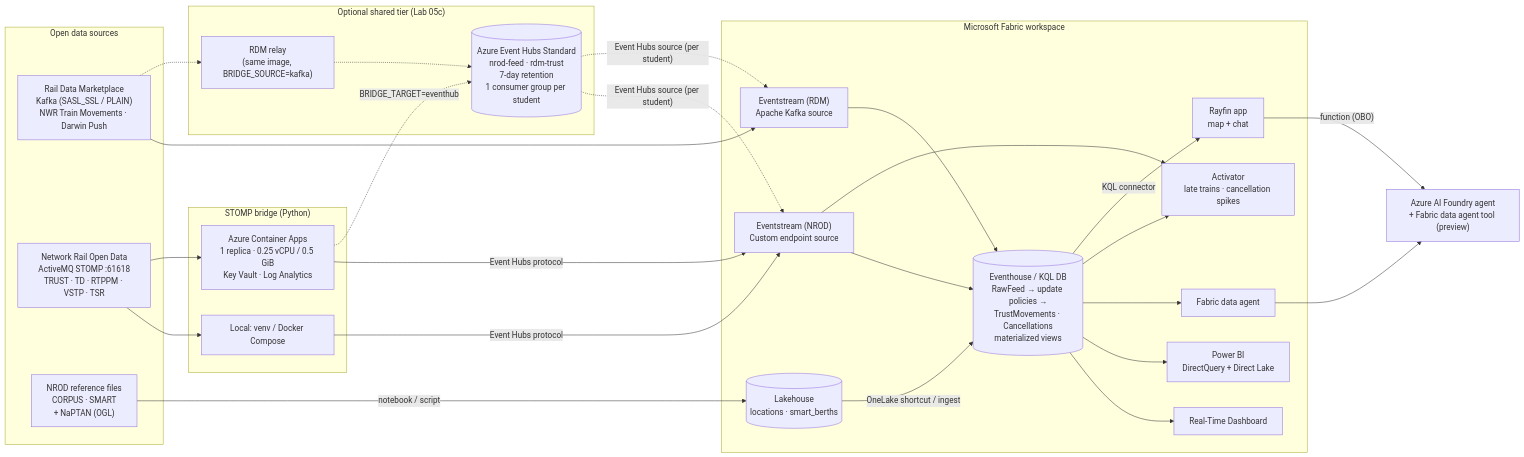
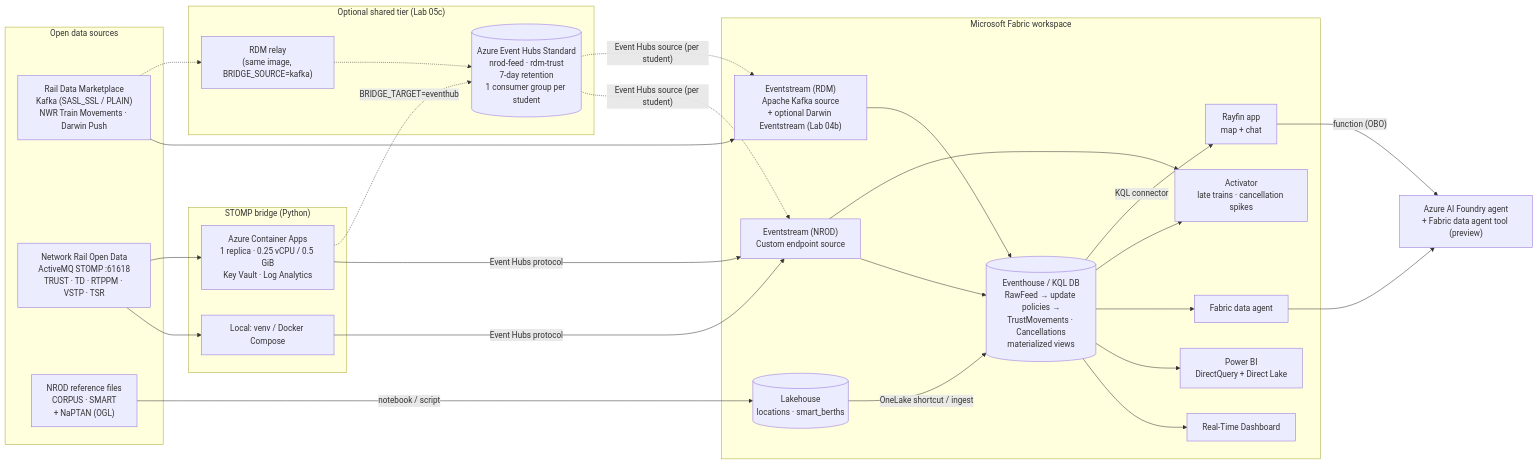
Before and after one commit to ShaneOsborne/Real-Time-Rail-Intelligence-on-Microsoft-Fabric: the diagram in README.md, drawn with Mermaid. The commit also changed other lines of this file and 20 other files, not shown here.

First line of the commit message:
Add optional Darwin Push Port integration (Lab 04b)

````diff
--- a/README.md
+++ b/README.md
@@ -20,50 +20,50 @@
 ```mermaid
 flowchart LR
   subgraph Sources["Open data sources"]
     RDM["Rail Data Marketplace<br/>Kafka (SASL_SSL / PLAIN)<br/>NWR Train Movements · Darwin Push"]
     NROD["Network Rail Open Data<br/>ActiveMQ STOMP :61618<br/>TRUST · TD · RTPPM · VSTP · TSR"]
     REF["NROD reference files<br/>CORPUS · SMART<br/>+ NaPTAN (OGL)"]
   end
 
   subgraph Bridge["STOMP bridge (Python)"]
     LOCAL["Local: venv / Docker Compose"]
     ACA["Azure Container Apps<br/>1 replica · 0.25 vCPU / 0.5 GiB<br/>Key Vault · Log Analytics"]
   end
 
   subgraph Fabric["Microsoft Fabric workspace"]
-    ESR["Eventstream (RDM)<br/>Apache Kafka source"]
+    ESR["Eventstream (RDM)<br/>Apache Kafka source<br/>+ optional Darwin Eventstream (Lab 04b)"]
     ESN["Eventstream (NROD)<br/>Custom endpoint source"]
     EH[("Eventhouse / KQL DB<br/>RawFeed → update policies →<br/>TrustMovements · Cancellations<br/>materialized views")]
     LH[("Lakehouse<br/>locations · smart_berths")]
     ACT["Activator<br/>late trains · cancellation spikes"]
     RTD["Real-Time Dashboard"]
     PBI["Power BI<br/>DirectQuery + Direct Lake"]
     DA["Fabric data agent"]
     APP["Rayfin app<br/>map + chat"]
   end
 
   FOUNDRY["Azure AI Foundry agent<br/>+ Fabric data agent tool (preview)"]
 
   subgraph Shared["Optional shared tier (Lab 05c)"]
     EHNS[("Azure Event Hubs Standard<br/>nrod-feed · rdm-trust<br/>7-day retention<br/>1 consumer group per student")]
     RELAY["RDM relay<br/>(same image, BRIDGE_SOURCE=kafka)"]
   end
 
   RDM --> ESR
   NROD --> LOCAL & ACA
   LOCAL -- Event Hubs protocol --> ESN
   ACA -- Event Hubs protocol --> ESN
   ACA -. "BRIDGE_TARGET=eventhub" .-> EHNS
   RDM -.-> RELAY -.-> EHNS
   EHNS -. "Event Hubs source (per student)" .-> ESN
   EHNS -. "Event Hubs source (per student)" .-> ESR
   ESR --> EH
   ESN --> EH
   ESN --> ACT
   REF -- notebook / script --> LH
   LH -- OneLake shortcut / ingest --> EH
   EH --> RTD & PBI & DA & ACT
   DA --> FOUNDRY
   EH -- KQL connector --> APP
   APP -- function (OBO) --> FOUNDRY
 ```
````
